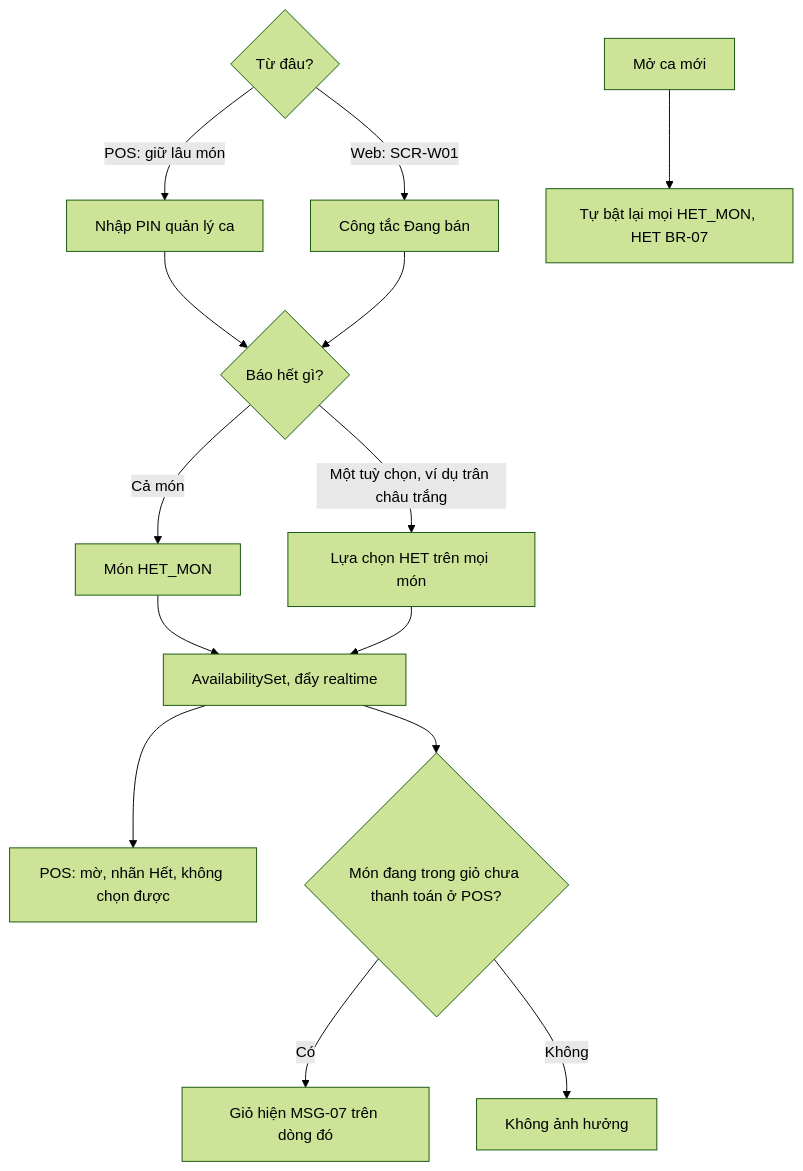
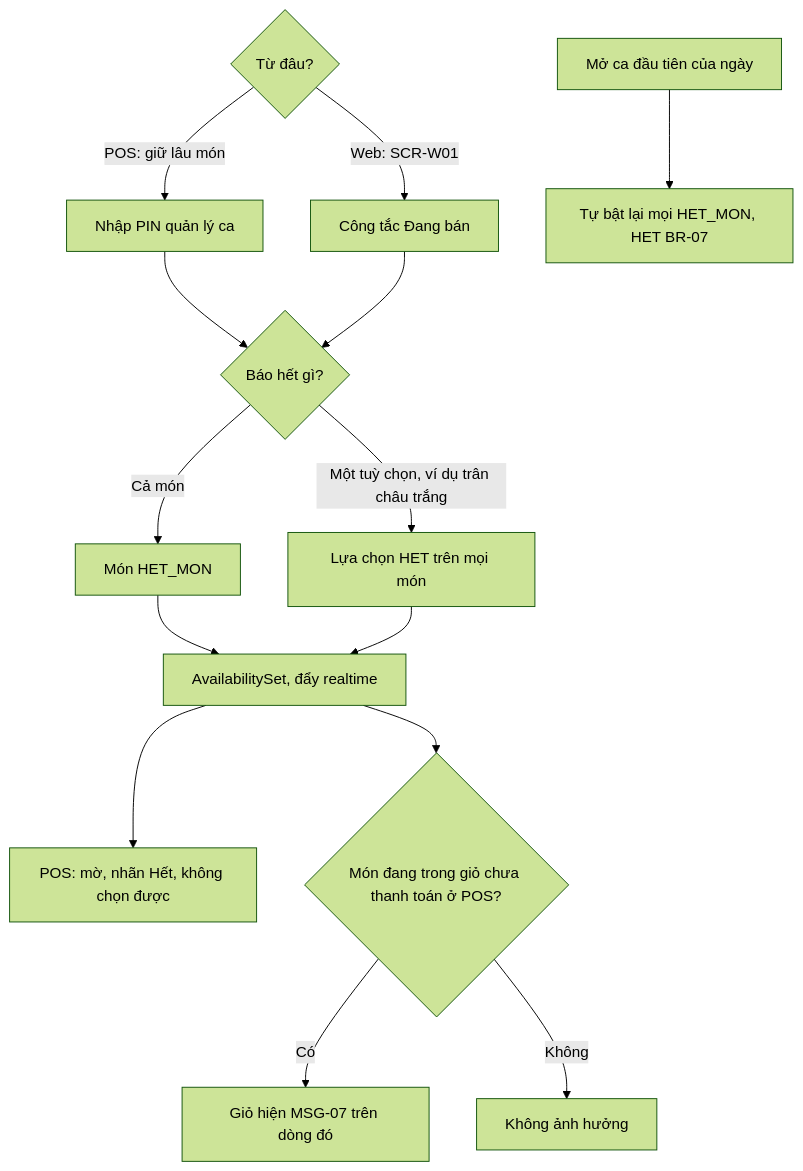
Before and after one commit to uxfoundation-vn/de06-quan-ly-don-tra-sua: the fourth of 6 diagrams in docs/TN01-quan-ly-menu/SRS.md, drawn with Mermaid (forest theme). The commit also changed other lines of this file and 8 other files, not shown here.

````diff
--- a/docs/TN01-quan-ly-menu/SRS.md
+++ b/docs/TN01-quan-ly-menu/SRS.md
@@ -177,16 +177,16 @@
 ```mermaid
 flowchart TD
   A{"Từ đâu?"} -->|POS: giữ lâu món| B["Nhập PIN quản lý ca"]
   A -->|Web: SCR-W01| C["Công tắc Đang bán"]
   B --> D{"Báo hết gì?"}
   C --> D
   D -->|Cả món| E["Món HET_MON"]
   D -->|Một tuỳ chọn, ví dụ trân châu trắng| F["Lựa chọn HET trên mọi món"]
   E --> G["AvailabilitySet, đẩy realtime"]
   F --> G
   G --> H["POS: mờ, nhãn Hết, không chọn được"]
   G --> I{"Món đang trong giỏ chưa thanh toán ở POS?"}
   I -->|Có| J["Giỏ hiện MSG-07 trên dòng đó"]
   I -->|Không| K["Không ảnh hưởng"]
-  L["Mở ca mới"] --> M["Tự bật lại mọi HET_MON, HET BR-07"]
+  L["Mở ca đầu tiên của ngày"] --> M["Tự bật lại mọi HET_MON, HET BR-07"]
 ```
````
